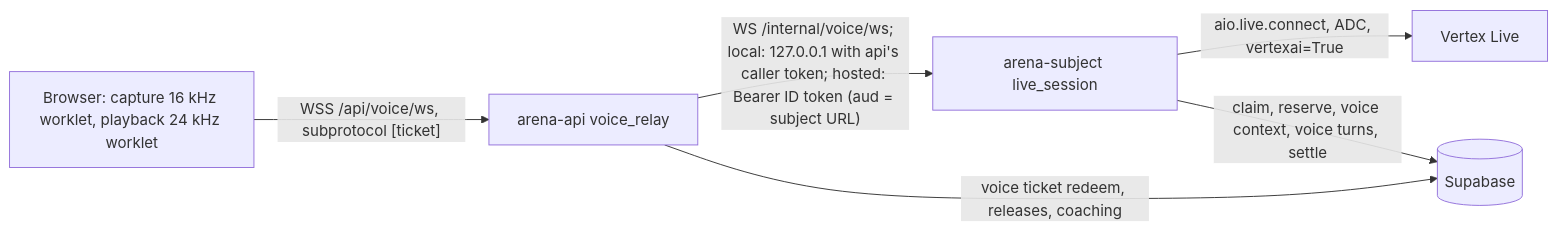
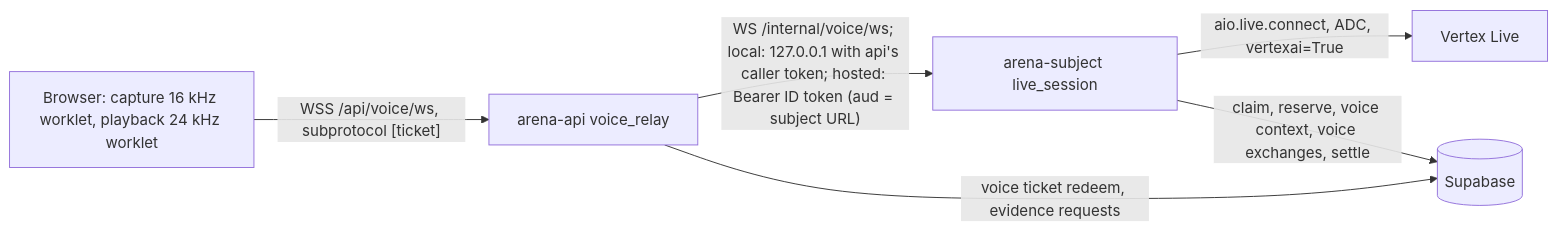
The second of 2 diagrams in docs/spec/S5-backend-and-lift.md (bbsatvik01/unissant_agentic_training_arena), drawn with Mermaid before and after one commit. The commit also changed other lines of this file and 17 other files, not shown here.

````diff
--- a/docs/spec/S5-backend-and-lift.md
+++ b/docs/spec/S5-backend-and-lift.md
@@ -719,8 +720,8 @@
 ```mermaid
 flowchart LR
   B[Browser: capture 16 kHz worklet, playback 24 kHz worklet] -- "WSS /api/voice/ws, subprotocol [ticket]" --> A[arena-api voice_relay]
   A -- "WS /internal/voice/ws; local: 127.0.0.1 with api's caller token; hosted: Bearer ID token (aud = subject URL)" --> S[arena-subject live_session]
   S -- "aio.live.connect, ADC, vertexai=True" --> L[Vertex Live]
-  S -- "claim, reserve, voice context, voice turns, settle" --> DB[(Supabase)]
-  A -- "voice ticket redeem, releases, coaching" --> DB
+  S -- "claim, reserve, voice context, voice exchanges, settle" --> DB[(Supabase)]
+  A -- "voice ticket redeem, evidence requests" --> DB
 ```
````
